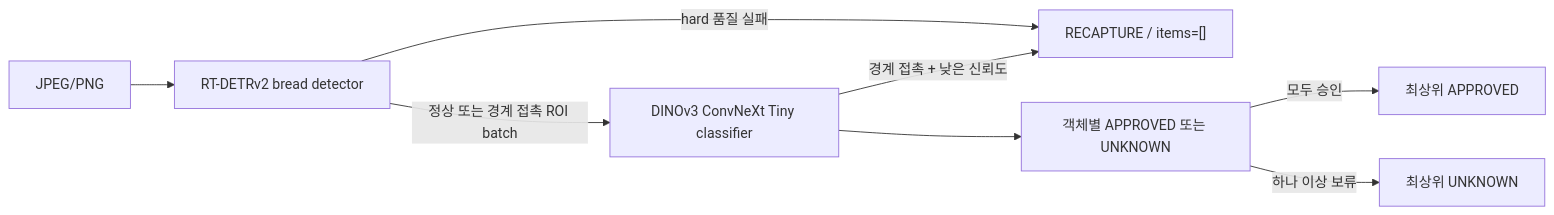
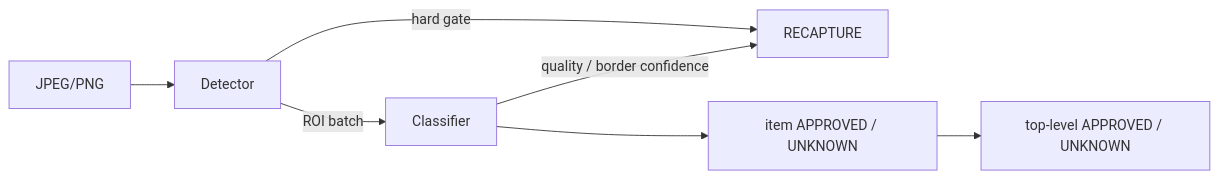
The diagram in README.md (bix-dsjoo/bixolon_scanner), drawn with Mermaid before and after one commit. The commit also changed other lines of this file and 31 other files, not shown here.

````diff
--- a/README.md
+++ b/README.md
@@ -52,10 +28,9 @@
 ```mermaid
 flowchart LR
-    INPUT["JPEG/PNG"] --> DETECTOR["RT-DETRv2 bread detector"]
-    DETECTOR -->|"hard 품질 실패"| RECAPTURE["RECAPTURE / items=[]"]
-    DETECTOR -->|"정상 또는 경계 접촉 ROI batch"| CLASSIFIER["DINOv3 ConvNeXt Tiny classifier"]
-    CLASSIFIER -->|"경계 접촉 + 낮은 신뢰도"| RECAPTURE
-    CLASSIFIER --> ITEMS["객체별 APPROVED 또는 UNKNOWN"]
-    ITEMS -->|"모두 승인"| APPROVED["최상위 APPROVED"]
-    ITEMS -->|"하나 이상 보류"| UNKNOWN["최상위 UNKNOWN"]
+    INPUT["JPEG/PNG"] --> DETECTOR["Detector"]
+    DETECTOR -->|"hard gate"| RECAPTURE["RECAPTURE"]
+    DETECTOR -->|"ROI batch"| CLASSIFIER["Classifier"]
+    CLASSIFIER -->|"quality / border confidence"| RECAPTURE
+    CLASSIFIER --> ITEMS["item APPROVED / UNKNOWN"]
+    ITEMS --> RESULT["top-level APPROVED / UNKNOWN"]
 ```
````
